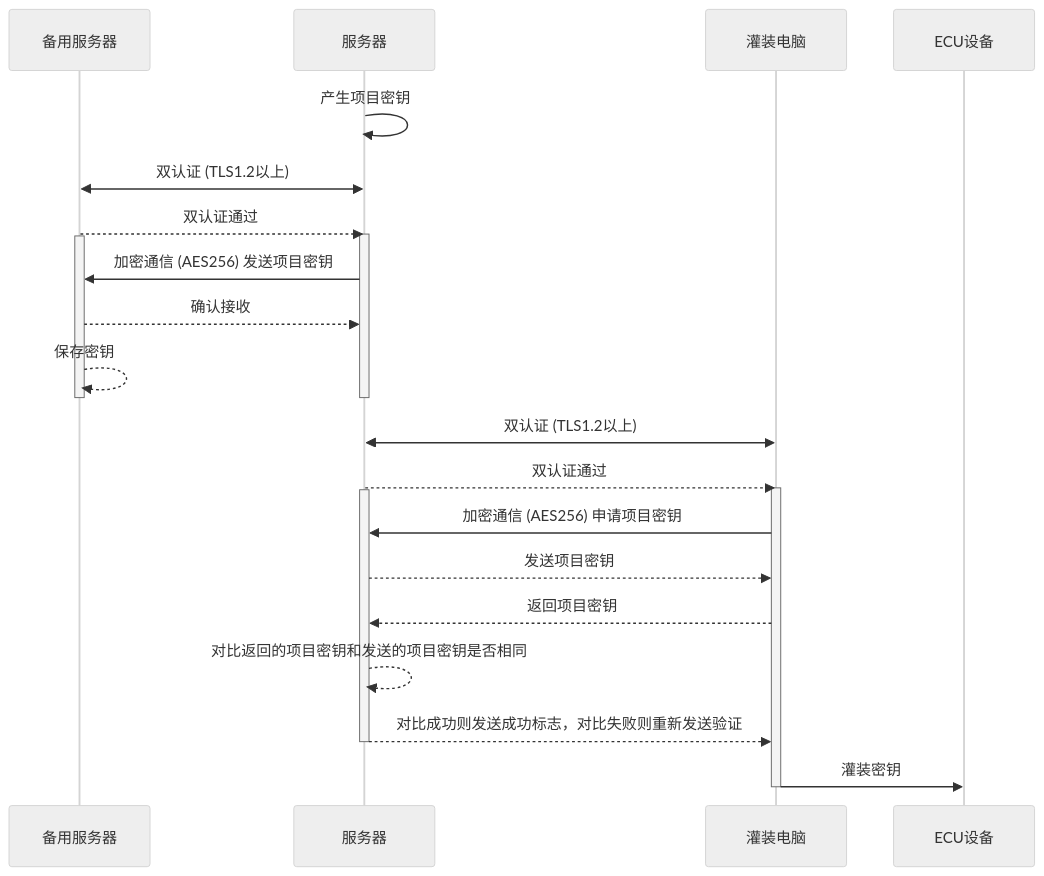
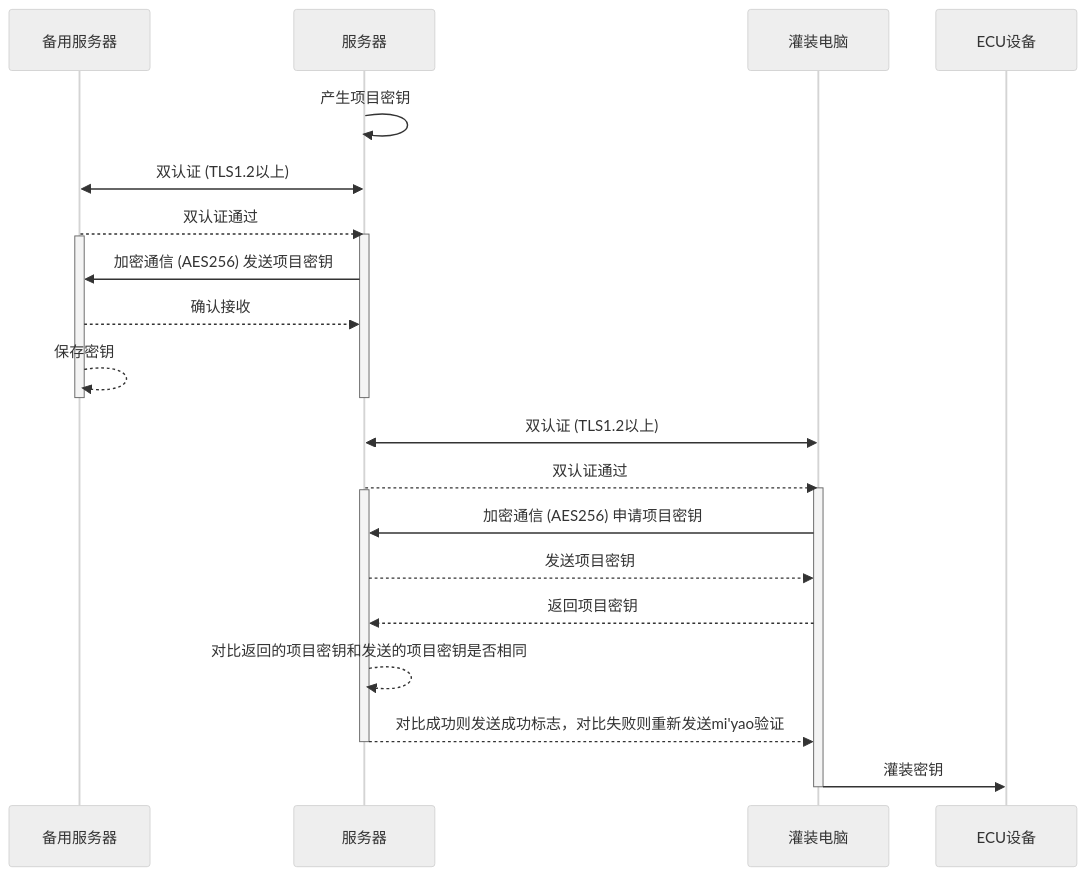
One commit to facebook-cloud/iodraw-files changed the diagram in all/未命名-10.md. Above: the diagram before and after it, drawn with Mermaid (neutral theme).

Commit message:
2026-01-15 11:02:39 update

````diff
--- a/all/未命名-10.md
+++ b/all/未命名-10.md
@@ -1,32 +1,32 @@
 ```mermaid
 sequenceDiagram
     participant B as 备用服务器
     participant A as 服务器
     participant C as 灌装电脑
     participant D as ECU设备
 
     A->>A: 产生项目密钥
     A<<->>B: 双认证 (TLS1.2以上)
     B-->>A: 双认证通过
     activate A
     activate B
     A->>B: 加密通信 (AES256) 发送项目密钥
     B-->>A: 确认接收
     B-->>B: 保存密钥
     deactivate B
     deactivate A
 
     C<<->>A: 双认证 (TLS1.2以上)
     A-->>C: 双认证通过
     activate C
     activate A
     C->>A: 加密通信 (AES256) 申请项目密钥
     A-->>C: 发送项目密钥
     C-->>A: 返回项目密钥
     A-->>A: 对比返回的项目密钥和发送的项目密钥是否相同
-    A-->>C: 对比成功则发送成功标志，对比失败则重新发送验证
+    A-->>C: 对比成功则发送成功标志，对比失败则重新发送mi'yao验证
     deactivate A
     C->>D: 灌装密钥
     deactivate C
 
 ```
````
